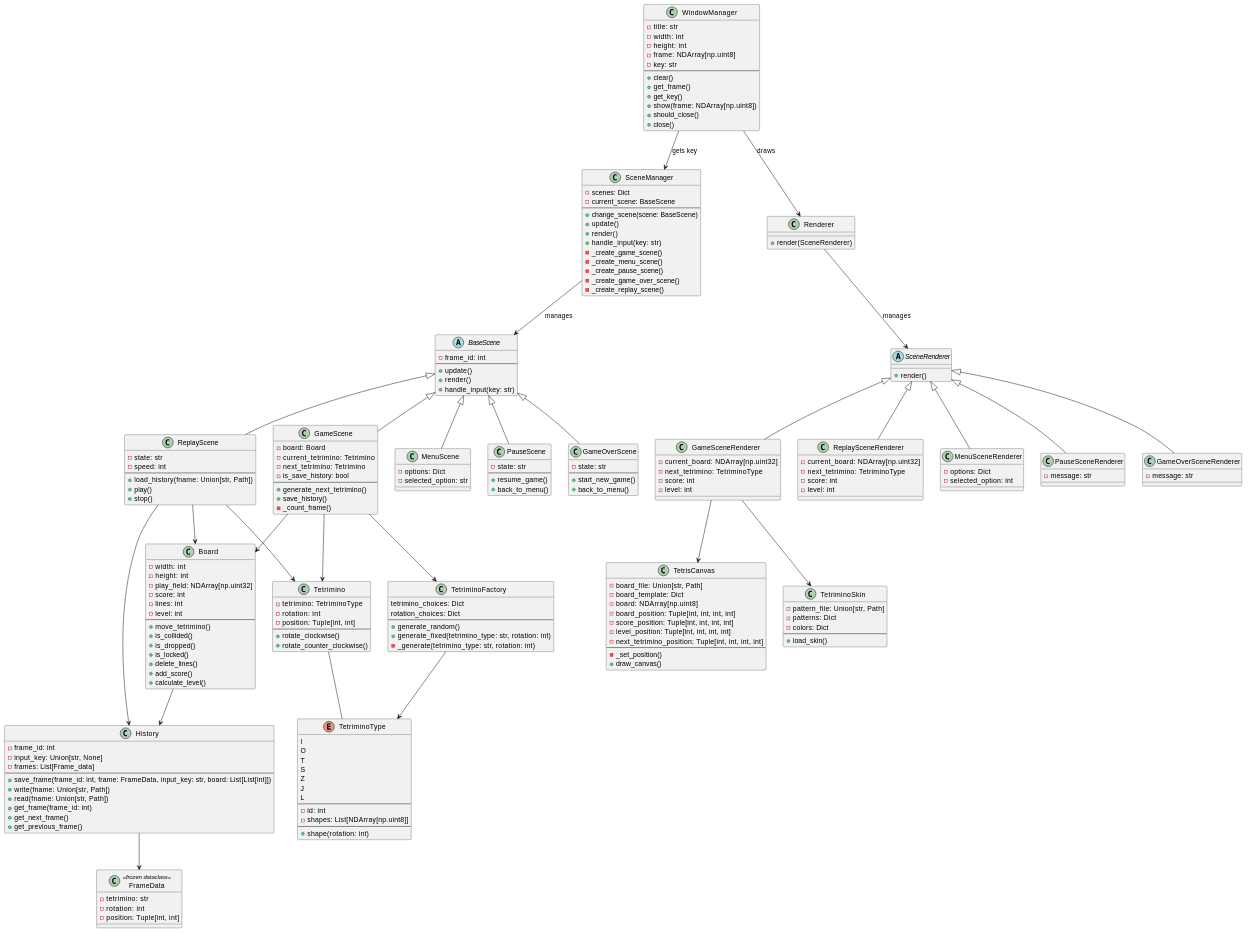
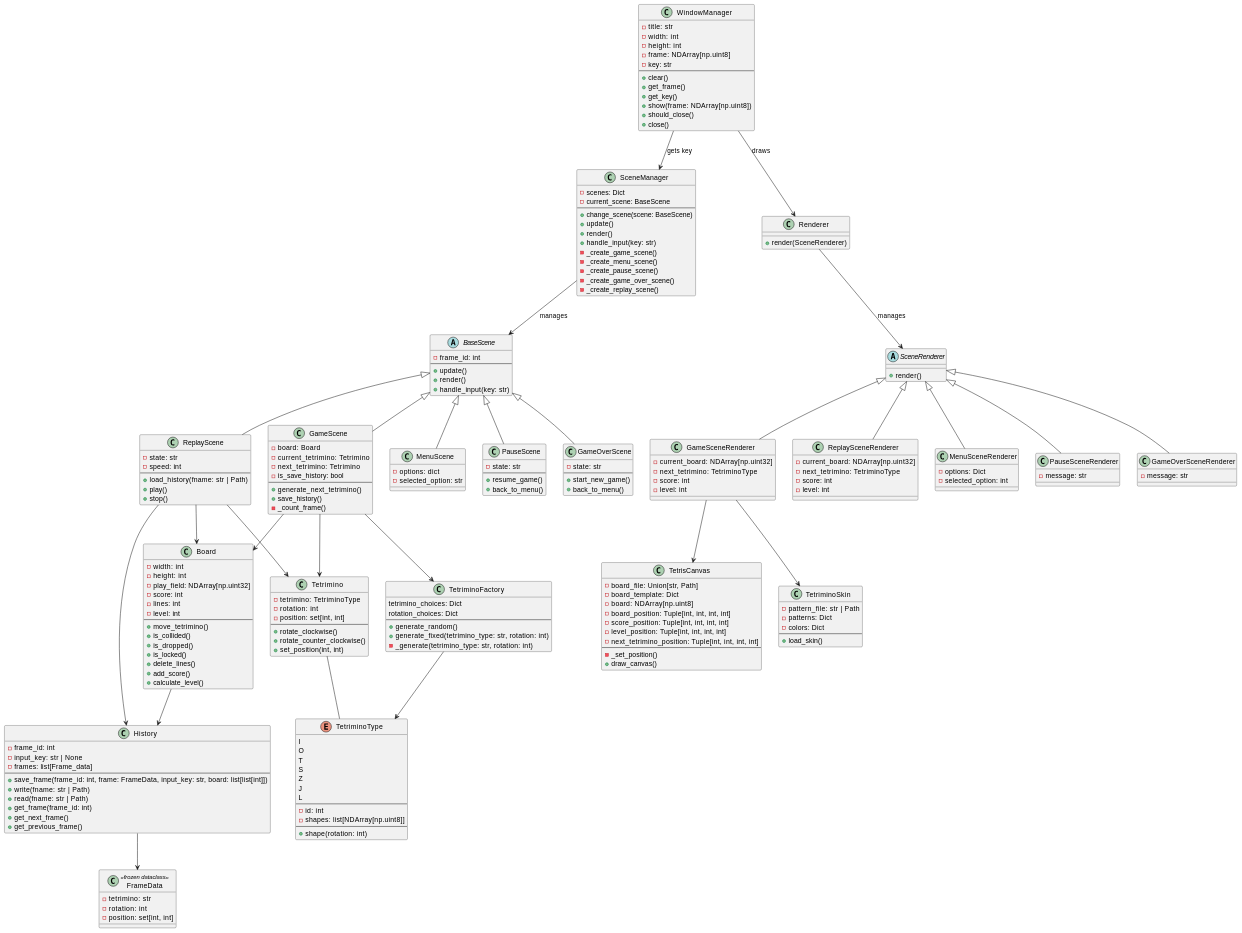
One commit to tsuzuki-nekozuki/python-tetris changed the diagram in README.md. Above: the diagram before and after it, drawn with PlantUML. The commit also changed 1 other file, not shown here.

```diff
--- a/README.md
+++ b/README.md
@@ -71,13 +71,13 @@
     - state: str
     - speed: int
     ---
-    + load_history(fname: Union[str, Path])
+    + load_history(fname: str | Path)
     + play()
     + stop()
 }
 
 class MenuScene extends BaseScene {
-    - options: Dict
+    - options: dict
     - selected_option: str
 }
 
@@ -159,7 +159,7 @@
 }
 
 class TetriminoSkin {
-    - pattern_file: Union[str, Path]
+    - pattern_file: str | Path
     - patterns: Dict
     - colors: Dict
     ---
@@ -186,10 +186,11 @@
 class Tetrimino {
     - tetrimino: TetriminoType
     - rotation: int
-    - position: Tuple[int, int]
+    - position: set[int, int]
     ---
     + rotate_clockwise()
     + rotate_counter_clockwise()
+    + set_position(int, int)
 }
 
 Enum TetriminoType {
@@ -202,7 +203,7 @@
     L
     ---
     - id: int
-    - shapes: List[NDArray[np.uint8]]
+    - shapes: list[NDArray[np.uint8]]
     ---
     + shape(rotation: int)
 }
@@ -218,12 +219,12 @@
 
 class History {
     - frame_id: int
-    - input_key: Union[str, None]
-    - frames: List[Frame_data]
+    - input_key: str | None
+    - frames: list[Frame_data]
     ---
-    + save_frame(frame_id: int, frame: FrameData, input_key: str, board: List[List[int]])
-    + write(fname: Union[str, Path])
-    + read(fname: Union[str, Path])
+    + save_frame(frame_id: int, frame: FrameData, input_key: str, board: list[list[int]])
+    + write(fname: str | Path)
+    + read(fname: str | Path)
     + get_frame(frame_id: int)
     + get_next_frame()
     + get_previous_frame()
@@ -232,7 +233,7 @@
 class FrameData <<frozen dataclass>> {
     - tetrimino: str
     - rotation: int
-    - position: Tuple[int, int]
+    - position: set[int, int]
 }
 
 WindowManager --> SceneManager: gets key
```
